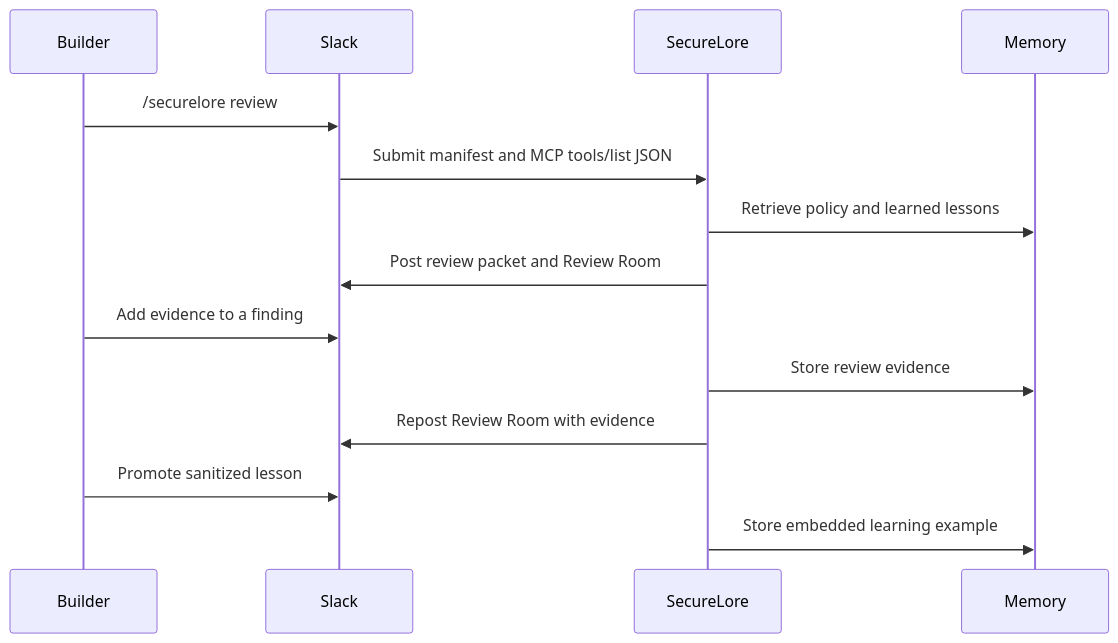
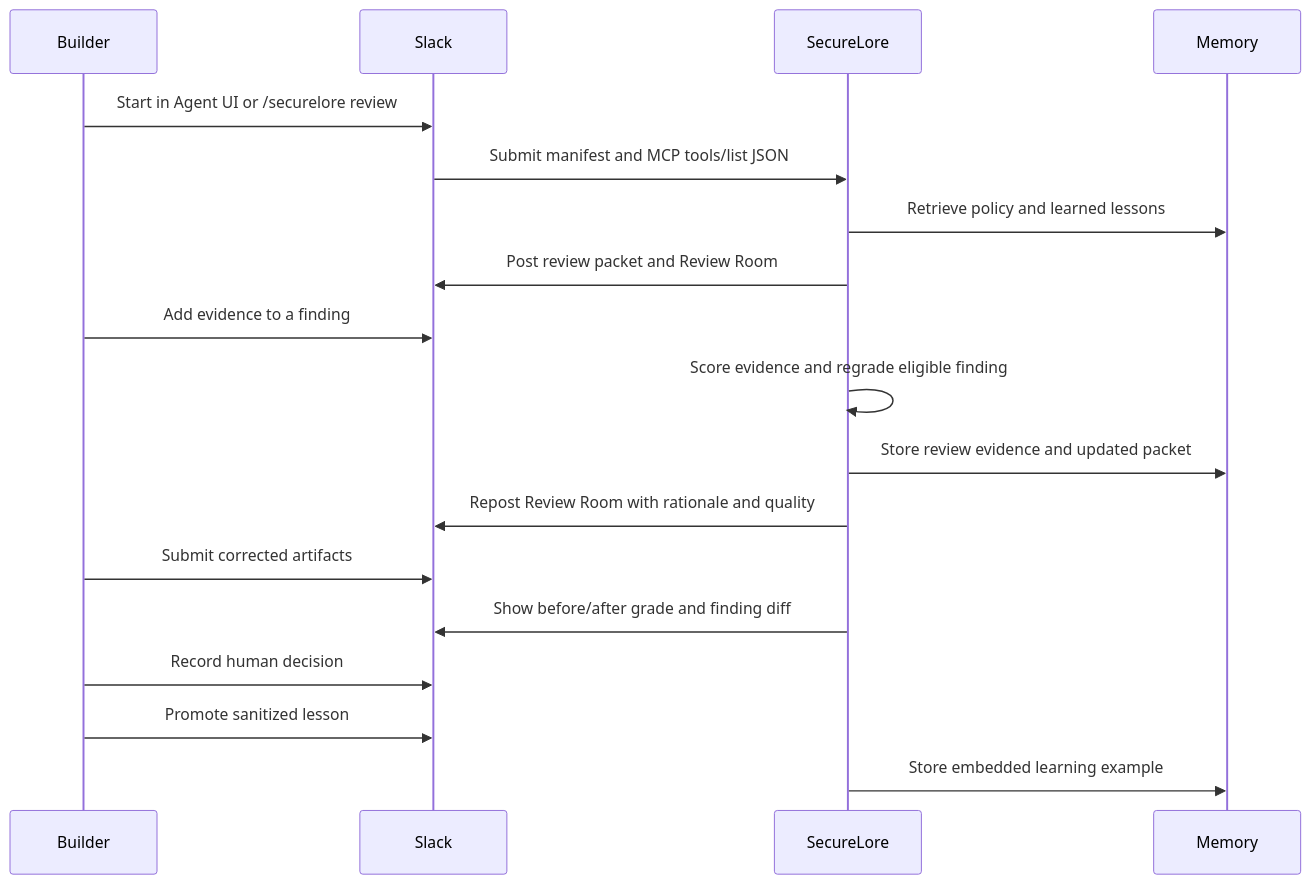
One commit to N-45div/SecureLore changed the third of 3 diagrams in README.md. Above: the diagram before and after it, drawn with Mermaid. The commit also changed other lines of this file and 1 other file, not shown here.

````diff
--- a/README.md
+++ b/README.md
@@ -77,17 +85,21 @@
 ```mermaid
 sequenceDiagram
   participant B as Builder
   participant S as Slack
   participant A as SecureLore
   participant M as Memory
 
-  B->>S: /securelore review
+  B->>S: Start in Agent UI or /securelore review
   S->>A: Submit manifest and MCP tools/list JSON
   A->>M: Retrieve policy and learned lessons
   A->>S: Post review packet and Review Room
   B->>S: Add evidence to a finding
-  A->>M: Store review evidence
-  A->>S: Repost Review Room with evidence
+  A->>A: Score evidence and regrade eligible finding
+  A->>M: Store review evidence and updated packet
+  A->>S: Repost Review Room with rationale and quality
+  B->>S: Submit corrected artifacts
+  A->>S: Show before/after grade and finding diff
+  B->>S: Record human decision
   B->>S: Promote sanitized lesson
   A->>M: Store embedded learning example
 ```
````
